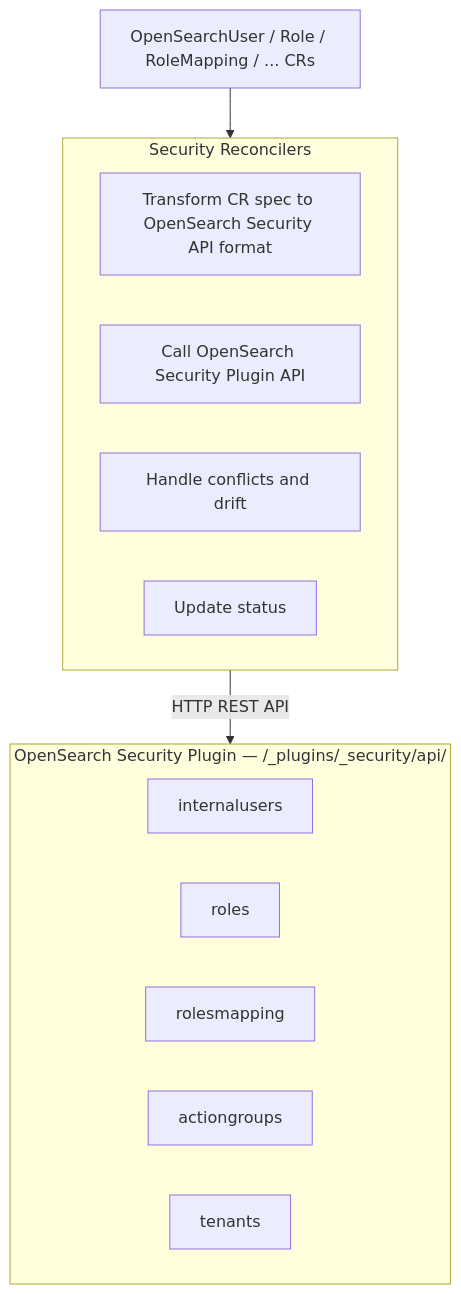
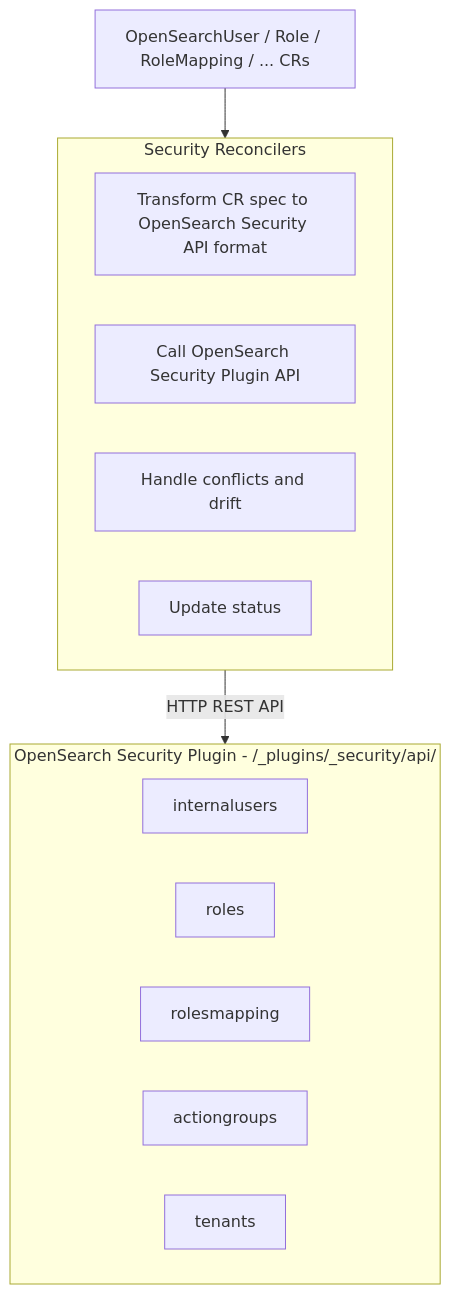
One commit to MaximeWewer/wazuh-operator changed the fourth of 8 diagrams in docs/reference/architecture.md. Above: the diagram before and after it, drawn with Mermaid. The commit also changed 63 other files, not shown here.

````diff
--- a/docs/reference/architecture.md
+++ b/docs/reference/architecture.md
@@ -368,22 +368,22 @@
 ```mermaid
 flowchart TD
     CRS["OpenSearchUser / Role / RoleMapping / ... CRs"]
 
     subgraph Reconcilers[Security Reconcilers]
         T["Transform CR spec to OpenSearch Security API format"]
         C["Call OpenSearch Security Plugin API"]
         H["Handle conflicts and drift"]
         U["Update status"]
     end
 
-    subgraph Plugin["OpenSearch Security Plugin — /_plugins/_security/api/"]
+    subgraph Plugin["OpenSearch Security Plugin - /_plugins/_security/api/"]
         IU[internalusers]
         R[roles]
         RM[rolesmapping]
         AG[actiongroups]
         TN[tenants]
     end
 
     CRS --> Reconcilers
     Reconcilers -->|"HTTP REST API"| Plugin
 ```
````
